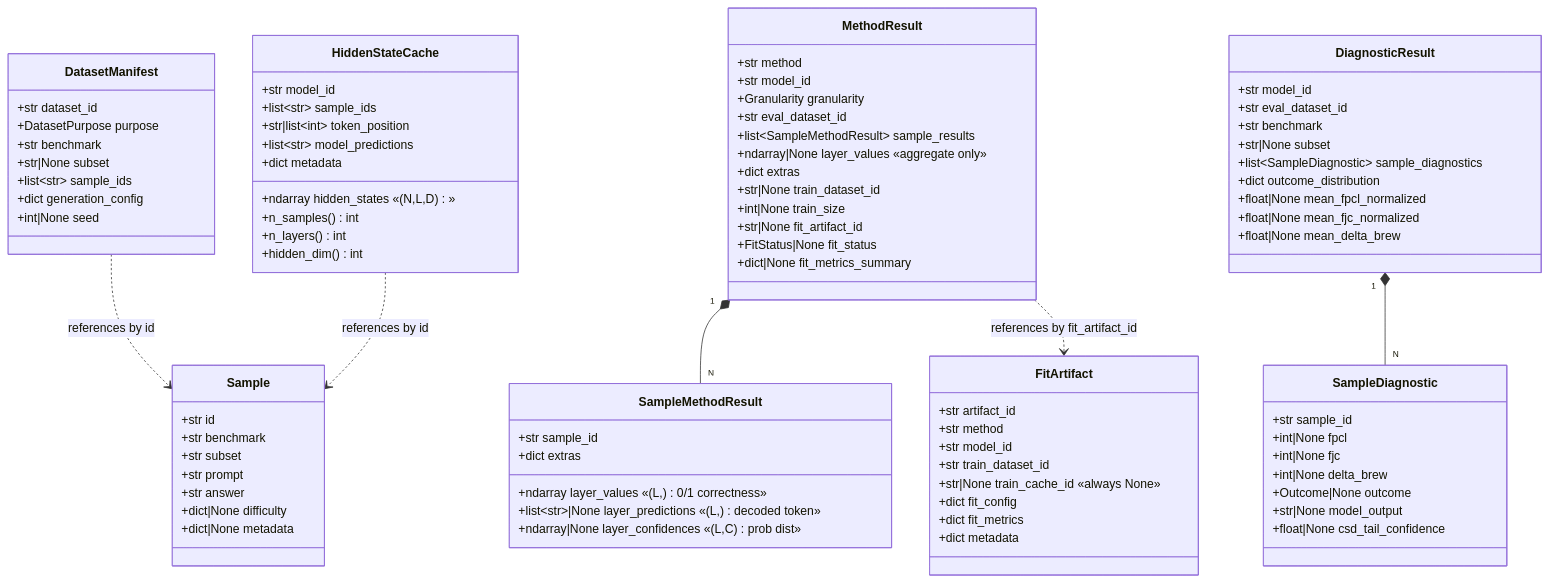
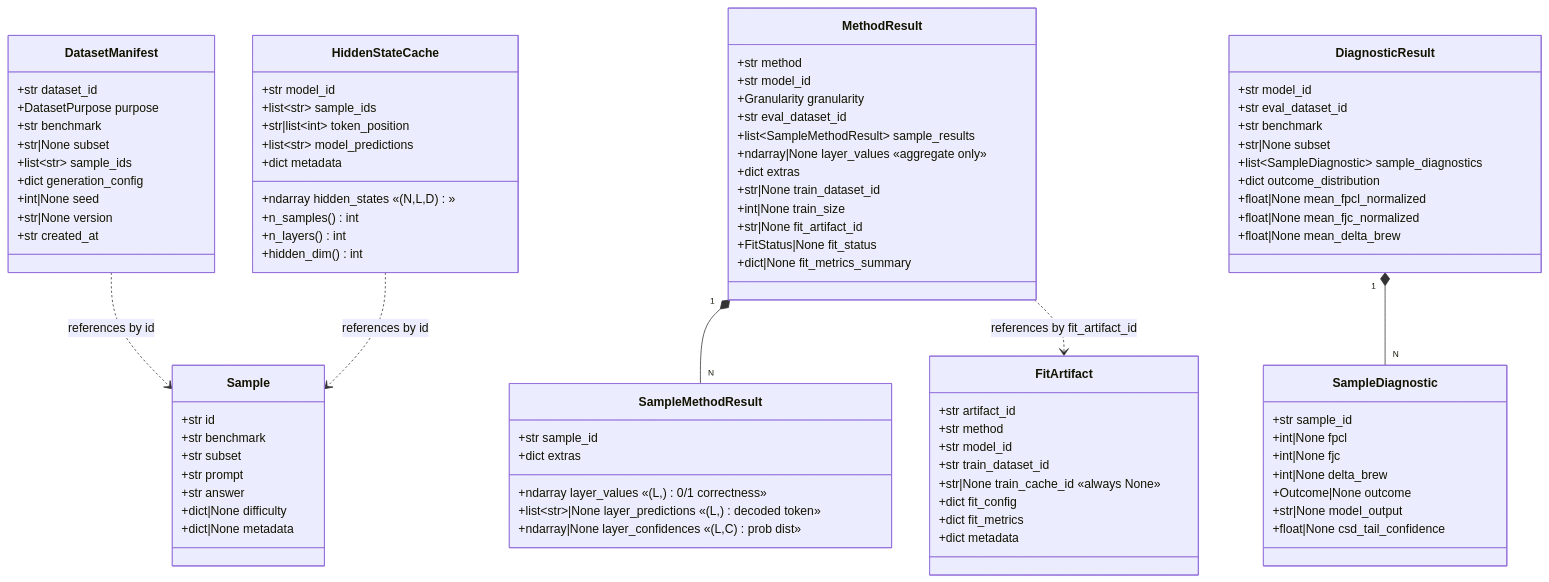
Before and after one commit to euyis1019/llm-brewing: the fifth of 10 diagrams in docs/project_overview.md, drawn with Mermaid. The commit also changed other lines of this file and 2 other files, not shown here.

```diff
--- a/docs/project_overview.md
+++ b/docs/project_overview.md
@@ -139,6 +139,8 @@
         +list~str~ sample_ids
         +dict generation_config
         +int|None seed
+        +str|None version
+        +str created_at
     }
 
     class HiddenStateCache {
```
